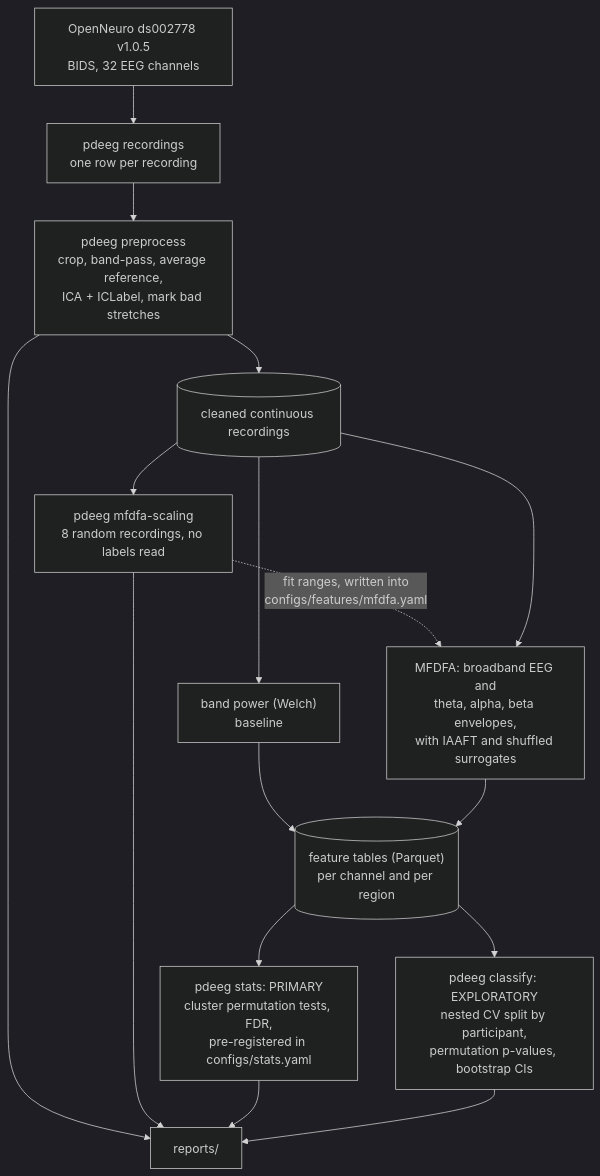
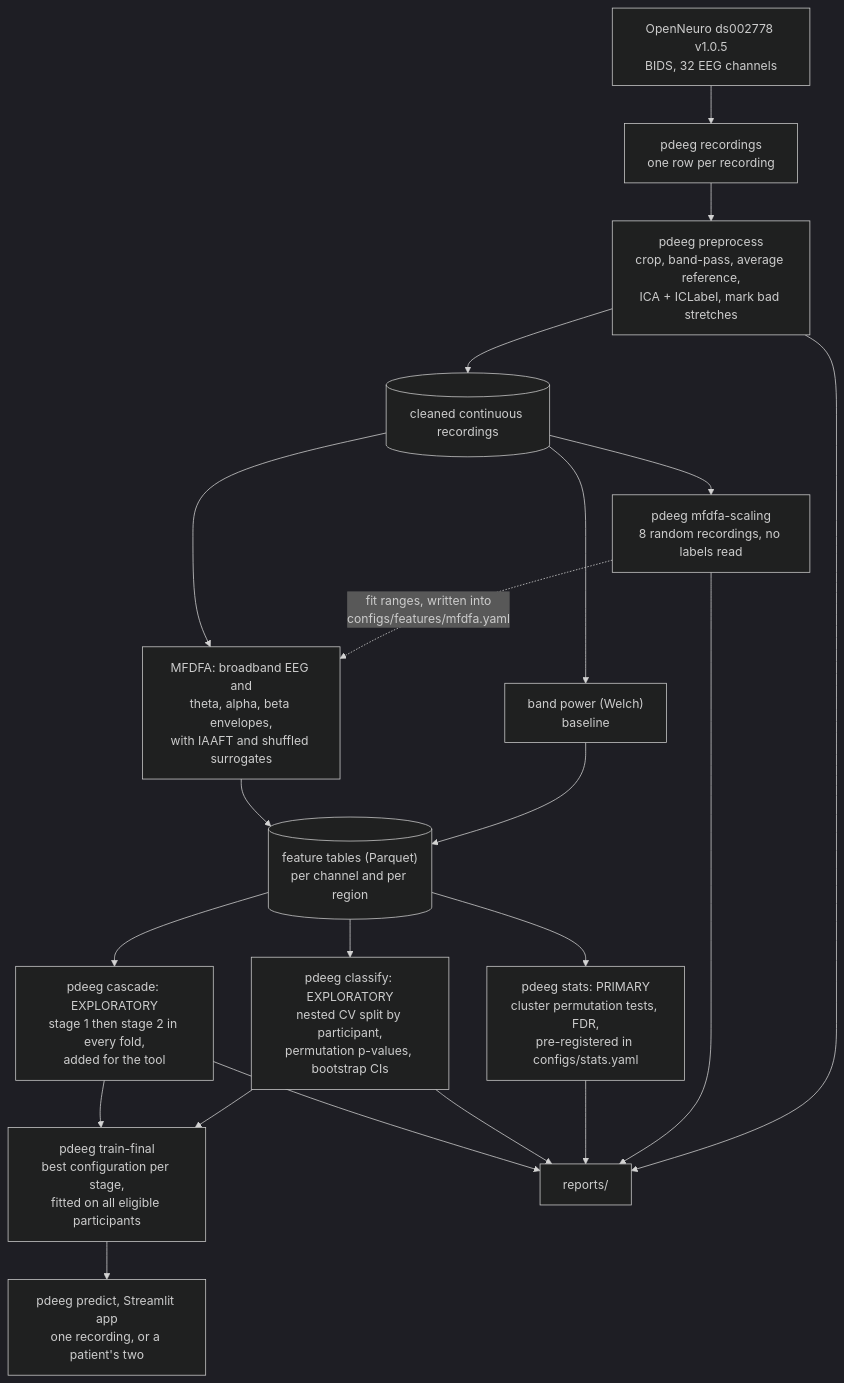
Before and after one commit to yeah-sh/Parkinson-s-disease: the diagram in README.md, drawn with Mermaid (dark theme). The commit also changed other lines of this file and 2 other files, not shown here.

````diff
--- a/README.md
+++ b/README.md
@@ -78,18 +87,23 @@
 ```mermaid
 flowchart TD
     raw["OpenNeuro ds002778 v1.0.5<br/>BIDS, 32 EEG channels"] --> rec["pdeeg recordings<br/>one row per recording"]
     rec --> pre["pdeeg preprocess<br/>crop, band-pass, average reference,<br/>ICA + ICLabel, mark bad stretches"]
     pre --> clean[("cleaned continuous recordings")]
     clean --> scal["pdeeg mfdfa-scaling<br/>8 random recordings, no labels read"]
     scal -.->|"fit ranges, written into<br/>configs/features/mfdfa.yaml"| mf
     clean --> psd["band power (Welch)<br/>baseline"]
     clean --> mf["MFDFA: broadband EEG and<br/>theta, alpha, beta envelopes,<br/>with IAAFT and shuffled surrogates"]
     psd --> feat[("feature tables (Parquet)<br/>per channel and per region")]
     mf --> feat
     feat --> stats["pdeeg stats: PRIMARY<br/>cluster permutation tests, FDR,<br/>pre-registered in configs/stats.yaml"]
     feat --> cls["pdeeg classify: EXPLORATORY<br/>nested CV split by participant,<br/>permutation p-values, bootstrap CIs"]
+    feat --> cas["pdeeg cascade: EXPLORATORY<br/>stage 1 then stage 2 in every fold,<br/>added for the tool"]
+    cls --> fin["pdeeg train-final<br/>best configuration per stage,<br/>fitted on all eligible participants"]
+    cas --> fin
+    fin --> pred["pdeeg predict, Streamlit app<br/>one recording, or a patient's two"]
     pre --> rep["reports/"]
     scal --> rep
     stats --> rep
     cls --> rep
+    cas --> rep
 ```
````
